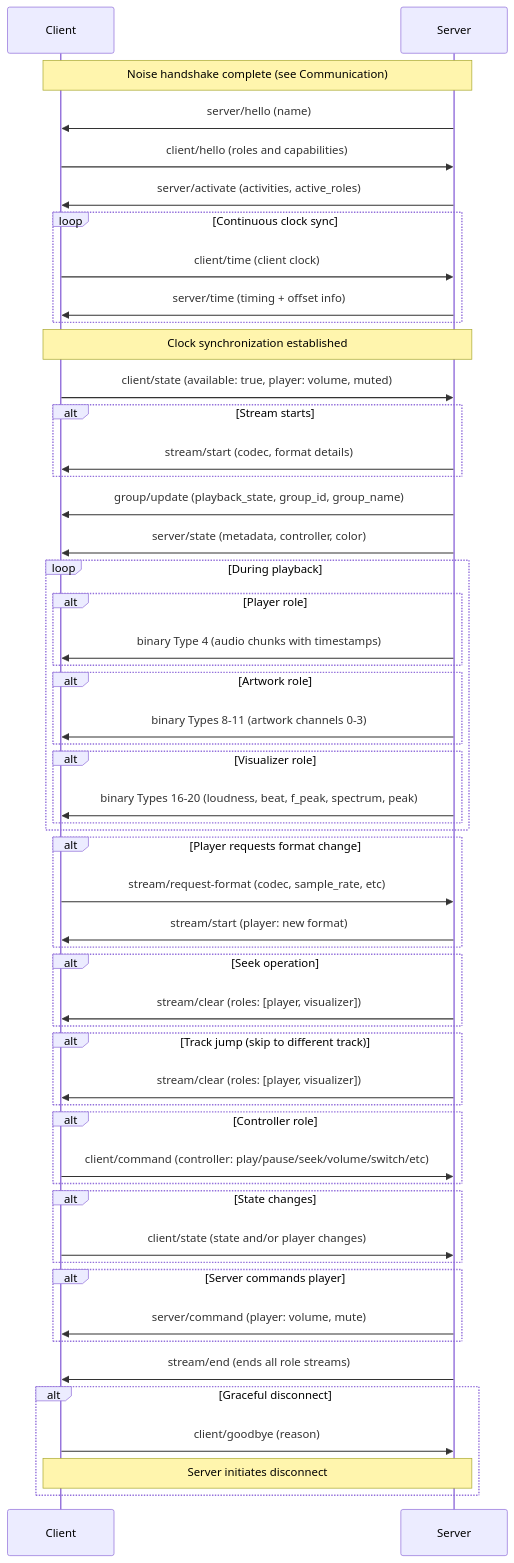
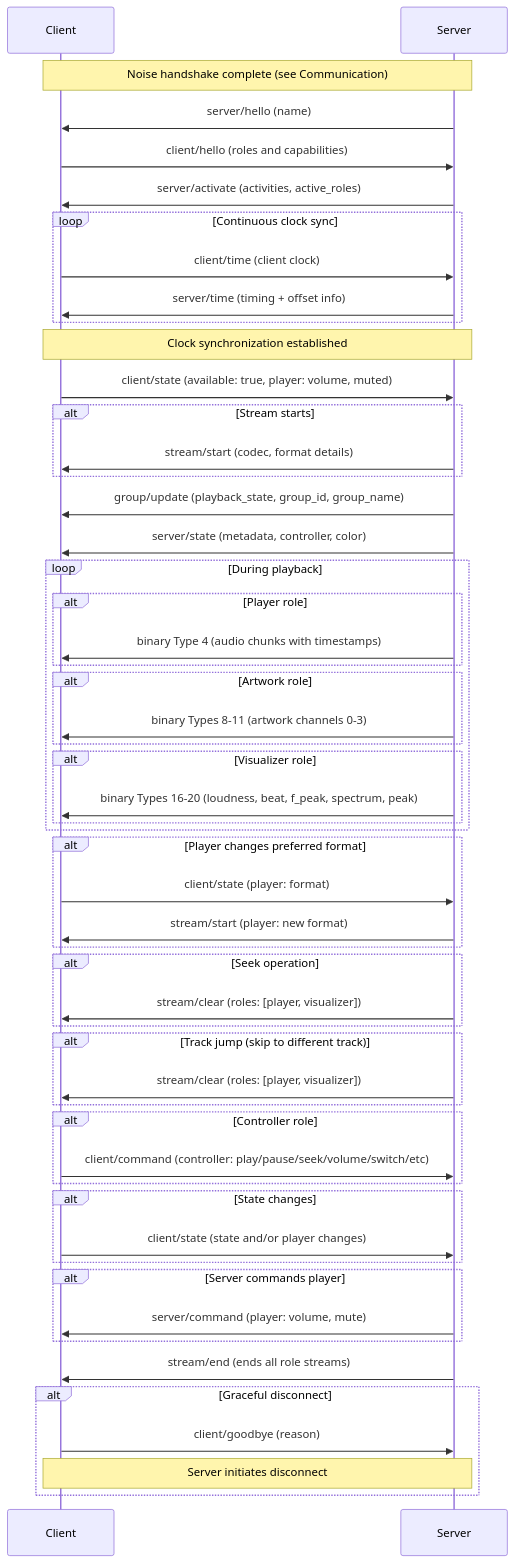
The first of 4 diagrams in src/build/spec.md (Sendspin/sendspin-audio.com), drawn with Mermaid before and after one commit. The commit also changed other lines of this file and 2 other files, not shown here.

````diff
--- a/src/build/spec.md
+++ b/src/build/spec.md
@@ -18,70 +28,70 @@
 ```mermaid
 sequenceDiagram
     participant Client
     participant Server
 
     Note over Client,Server: Noise handshake complete (see Communication)
 
     Server->>Client: server/hello (name)
     Client->>Server: client/hello (roles and capabilities)
     Server->>Client: server/activate (activities, active_roles)
 
     loop Continuous clock sync
         Client->>Server: client/time (client clock)
         Server->>Client: server/time (timing + offset info)
     end
 
     Note over Client,Server: Clock synchronization established
     Client->>Server: client/state (available: true, player: volume, muted)
 
     alt Stream starts
         Server->>Client: stream/start (codec, format details)
     end
 
     Server->>Client: group/update (playback_state, group_id, group_name)
     Server->>Client: server/state (metadata, controller, color)
 
     loop During playback
         alt Player role
             Server->>Client: binary Type 4 (audio chunks with timestamps)
         end
         alt Artwork role
             Server->>Client: binary Types 8-11 (artwork channels 0-3)
         end
         alt Visualizer role
             Server->>Client: binary Types 16-20 (loudness, beat, f_peak, spectrum, peak)
         end
     end
 
-    alt Player requests format change
-        Client->>Server: stream/request-format (codec, sample_rate, etc)
+    alt Player changes preferred format
+        Client->>Server: client/state (player: format)
         Server->>Client: stream/start (player: new format)
     end
 
     alt Seek operation
         Server->>Client: stream/clear (roles: [player, visualizer])
     end
 
     alt Track jump (skip to different track)
         Server->>Client: stream/clear (roles: [player, visualizer])
     end
 
     alt Controller role
         Client->>Server: client/command (controller: play/pause/seek/volume/switch/etc)
     end
 
     alt State changes
         Client->>Server: client/state (state and/or player changes)
     end
 
     alt Server commands player
         Server->>Client: server/command (player: volume, mute)
     end
 
     Server->>Client: stream/end (ends all role streams)
 
     alt Graceful disconnect
         Client->>Server: client/goodbye (reason)
         Note over Client,Server: Server initiates disconnect
     end
 ```
````
